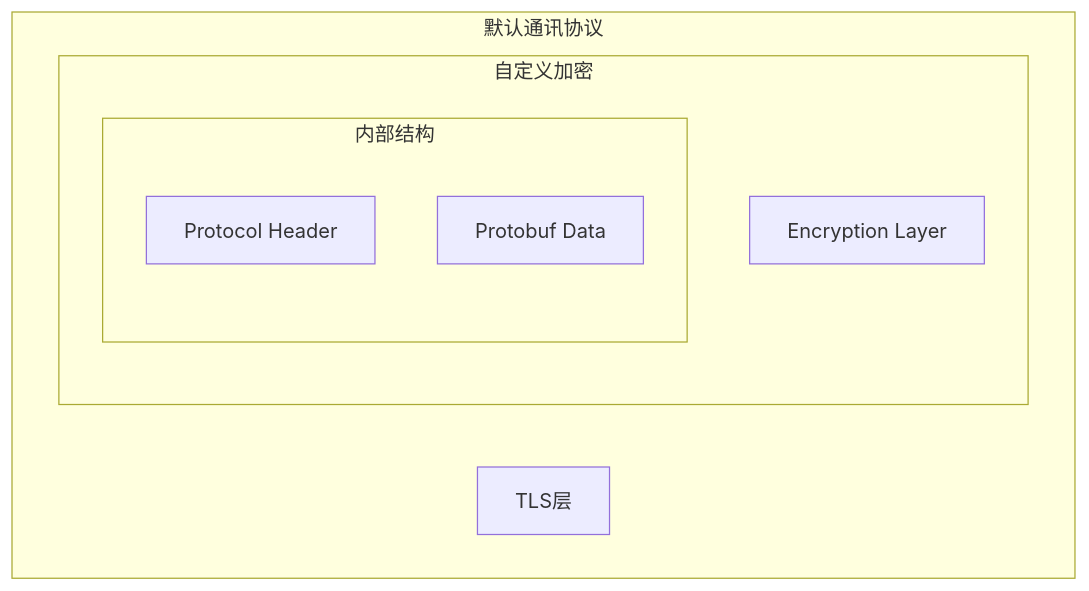
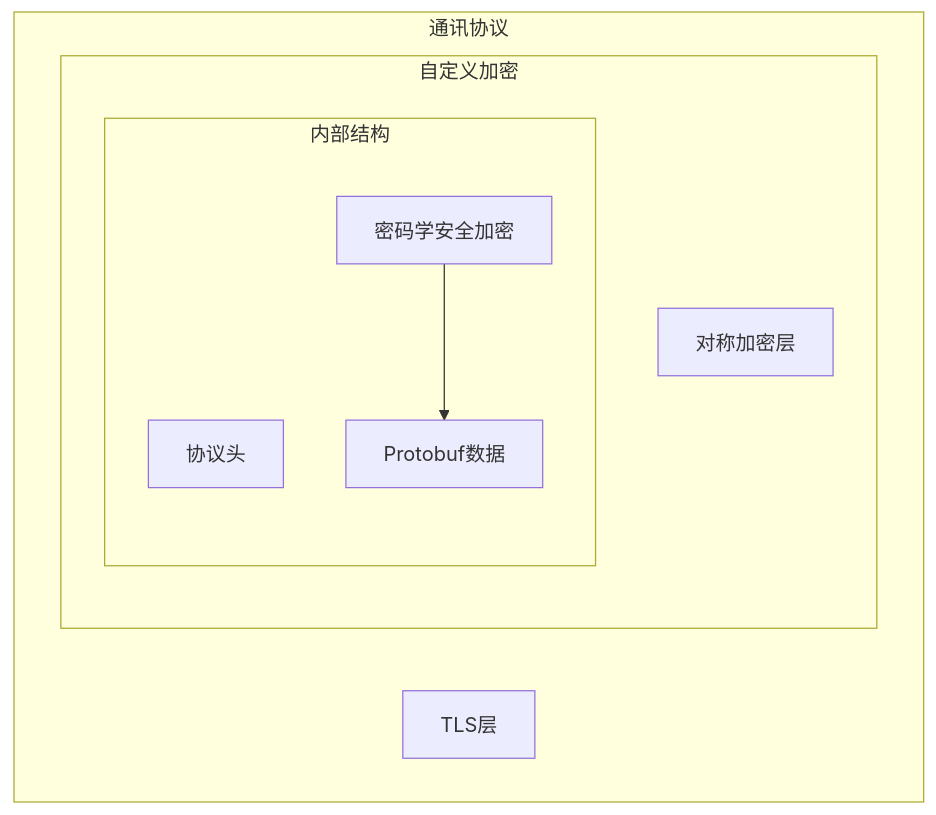
One commit to chainreactors/wiki changed the second of 2 diagrams in docs/IoM/concept.md. Above: the diagram before and after it, drawn with Mermaid. The commit also changed other lines of this file, not shown here.

````diff
--- a/docs/IoM/concept.md
+++ b/docs/IoM/concept.md
@@ -248,13 +260,13 @@
 ```mermaid
 graph TD
-    subgraph "默认通讯协议"
-        TLS["TLS层"]
-        subgraph "自定义加密"
-            Encryption["Encryption Layer"]
-            subgraph "内部结构"
-                Header["Protocol Header"]
-                Proto["Protobuf Data"]
+    subgraph 通讯协议
+        TLS[TLS层]
+        subgraph 自定义加密
+            Encryption[对称加密层]
+            subgraph 内部结构
+                Header[协议头]
+                Secure[密码学安全加密] --> Proto[Protobuf数据]
             end
         end
     end
 ```
````
